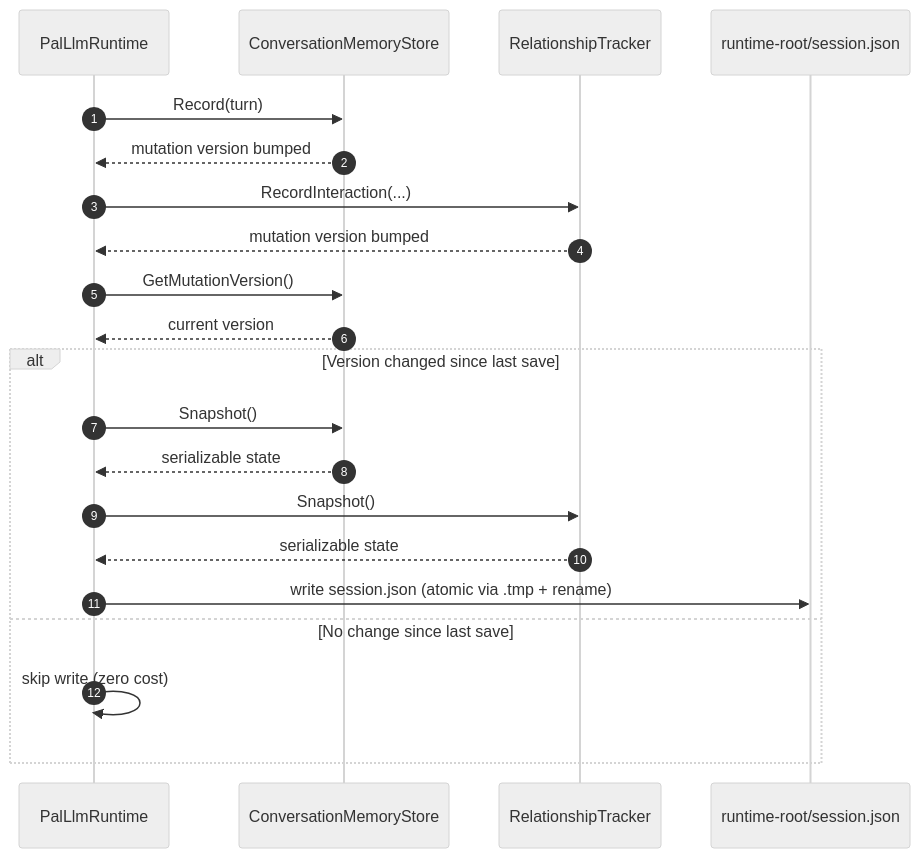
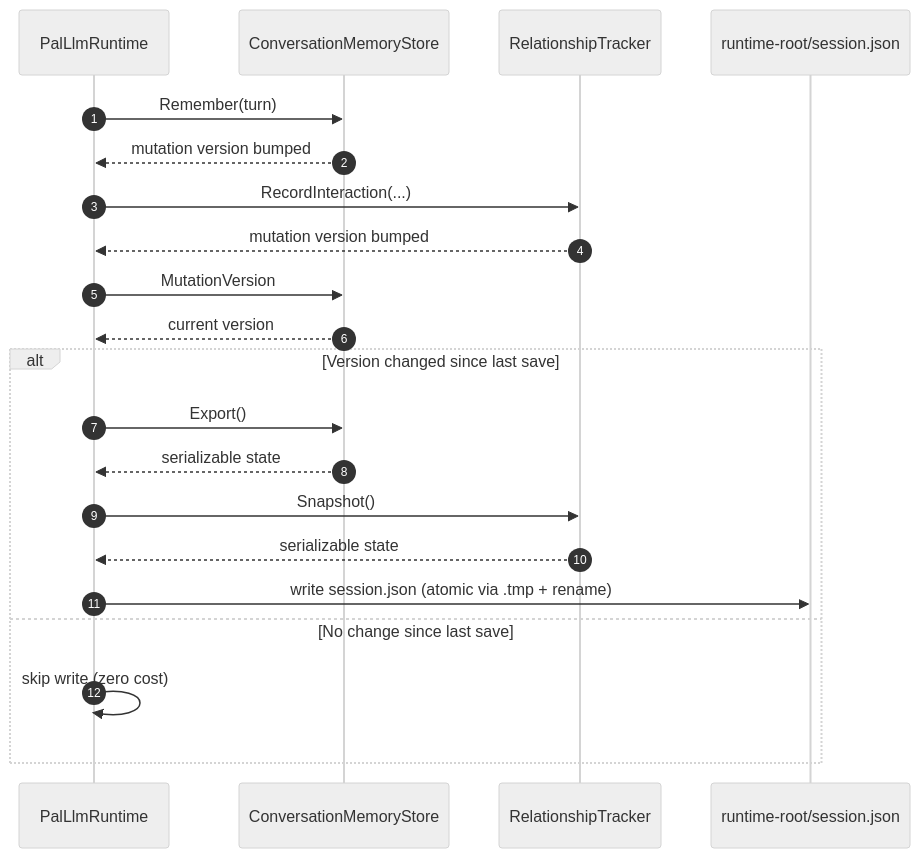
One commit to mzzmuaa/PalLLM changed the third of 6 diagrams in docs/DATAFLOW.md. Above: the diagram before and after it, drawn with Mermaid (neutral theme). The commit also changed other lines of this file and 9 other files, not shown here.

````diff
--- a/docs/DATAFLOW.md
+++ b/docs/DATAFLOW.md
@@ -125,24 +129,24 @@
 ```mermaid
 sequenceDiagram
     autonumber
     participant Runtime as PalLlmRuntime
     participant Memory as ConversationMemoryStore
     participant Tracker as RelationshipTracker
     participant Disk as runtime-root/session.json
 
-    Runtime->>Memory: Record(turn)
+    Runtime->>Memory: Remember(turn)
     Memory-->>Runtime: mutation version bumped
     Runtime->>Tracker: RecordInteraction(...)
     Tracker-->>Runtime: mutation version bumped
-    Runtime->>Memory: GetMutationVersion()
+    Runtime->>Memory: MutationVersion
     Memory-->>Runtime: current version
     alt Version changed since last save
-        Runtime->>Memory: Snapshot()
+        Runtime->>Memory: Export()
         Memory-->>Runtime: serializable state
         Runtime->>Tracker: Snapshot()
         Tracker-->>Runtime: serializable state
         Runtime->>Disk: write session.json (atomic via .tmp + rename)
     else No change since last save
         Runtime->>Runtime: skip write (zero cost)
     end
 ```
````
